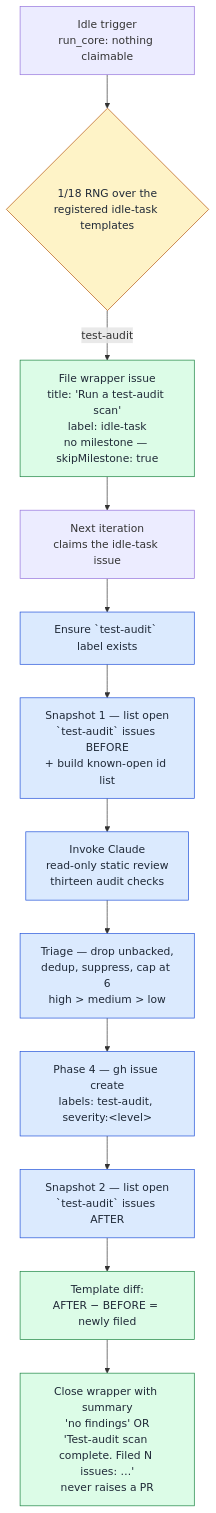
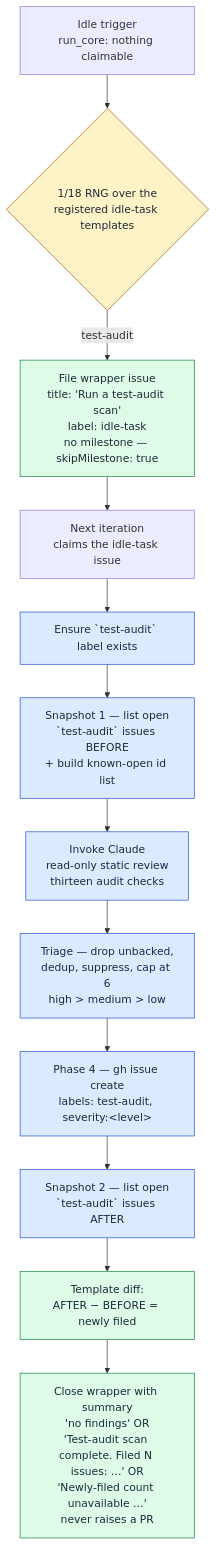
One commit to stSoftwareAU/VibeCoder changed the second of 2 diagrams in docs/TEST-AUDIT-SCAN.md. Above: the diagram before and after it, drawn with Mermaid. The commit also changed other lines of this file and 9 other files, not shown here.

````diff
--- a/docs/TEST-AUDIT-SCAN.md
+++ b/docs/TEST-AUDIT-SCAN.md
@@ -203,20 +203,20 @@
 ```mermaid
 flowchart TD
     classDef gate fill:#fef3c7,stroke:#b45309,color:#1f2937;
     classDef phase fill:#dbeafe,stroke:#1d4ed8,color:#1f2937;
     classDef output fill:#dcfce7,stroke:#15803d,color:#1f2937;
 
     Idle[Idle trigger<br/>run_core: nothing claimable]
     Idle --> Pick{1/18 RNG over the<br/>registered idle-task templates}
     Pick -- test-audit --> FileWrapper[File wrapper issue<br/>title: 'Run a test-audit scan'<br/>label: idle-task<br/>no milestone — skipMilestone: true]:::output
     FileWrapper --> Claim[Next iteration<br/>claims the idle-task issue]
     Claim --> Ensure[Ensure `test-audit` label exists]:::phase
     Ensure --> Before[Snapshot 1 — list open<br/>`test-audit` issues BEFORE<br/>+ build known-open id list]:::phase
     Before --> Run[Invoke Claude<br/>read-only static review<br/>thirteen audit checks]:::phase
     Run --> Cap[Triage — drop unbacked,<br/>dedup, suppress, cap at 6<br/>high > medium > low]:::phase
     Cap --> FileFindings[Phase 4 — gh issue create<br/>labels: test-audit, severity:&lt;level&gt;]:::phase
     FileFindings --> After[Snapshot 2 — list open<br/>`test-audit` issues AFTER]:::phase
     After --> Diff[Template diff:<br/>AFTER − BEFORE = newly filed]:::output
-    Diff --> Close[Close wrapper with summary<br/>'no findings' OR<br/>'Test-audit scan complete. Filed N issues: …'<br/>never raises a PR]:::output
+    Diff --> Close[Close wrapper with summary<br/>'no findings' OR<br/>'Test-audit scan complete. Filed N issues: …' OR<br/>'Newly-filed count unavailable …'<br/>never raises a PR]:::output
     class Pick gate;
 ```
````
